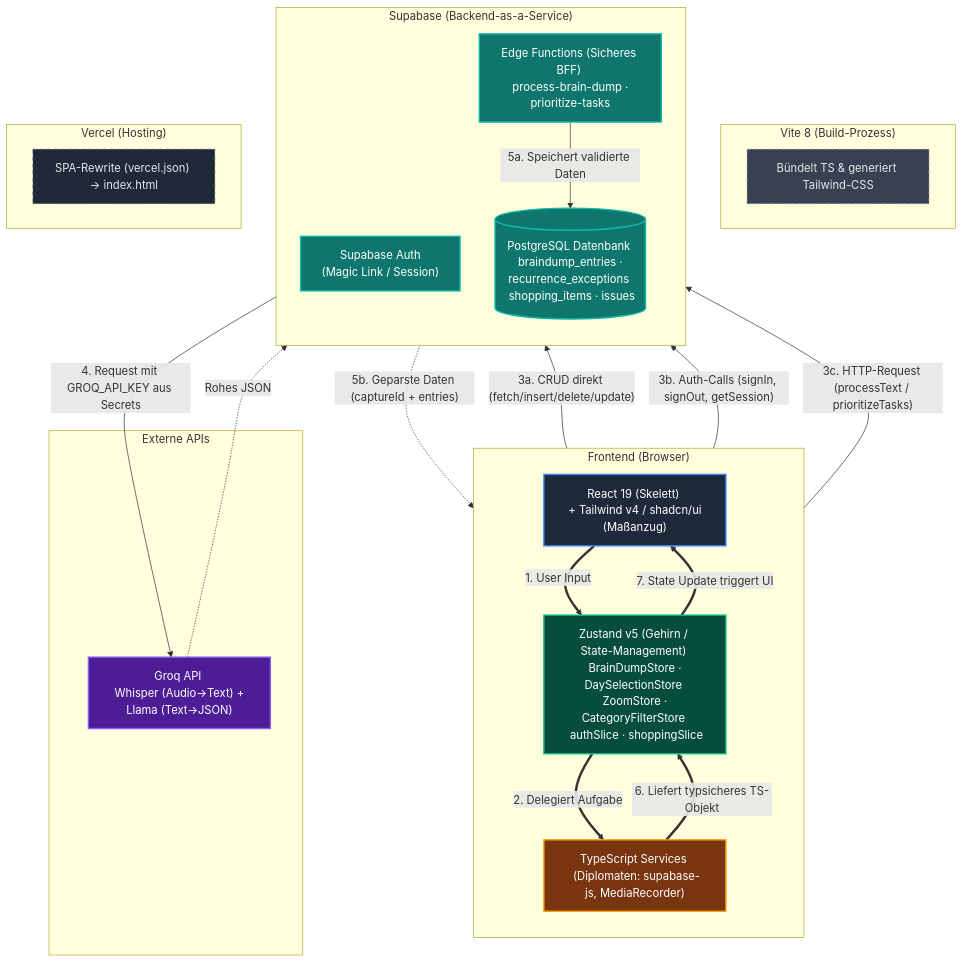
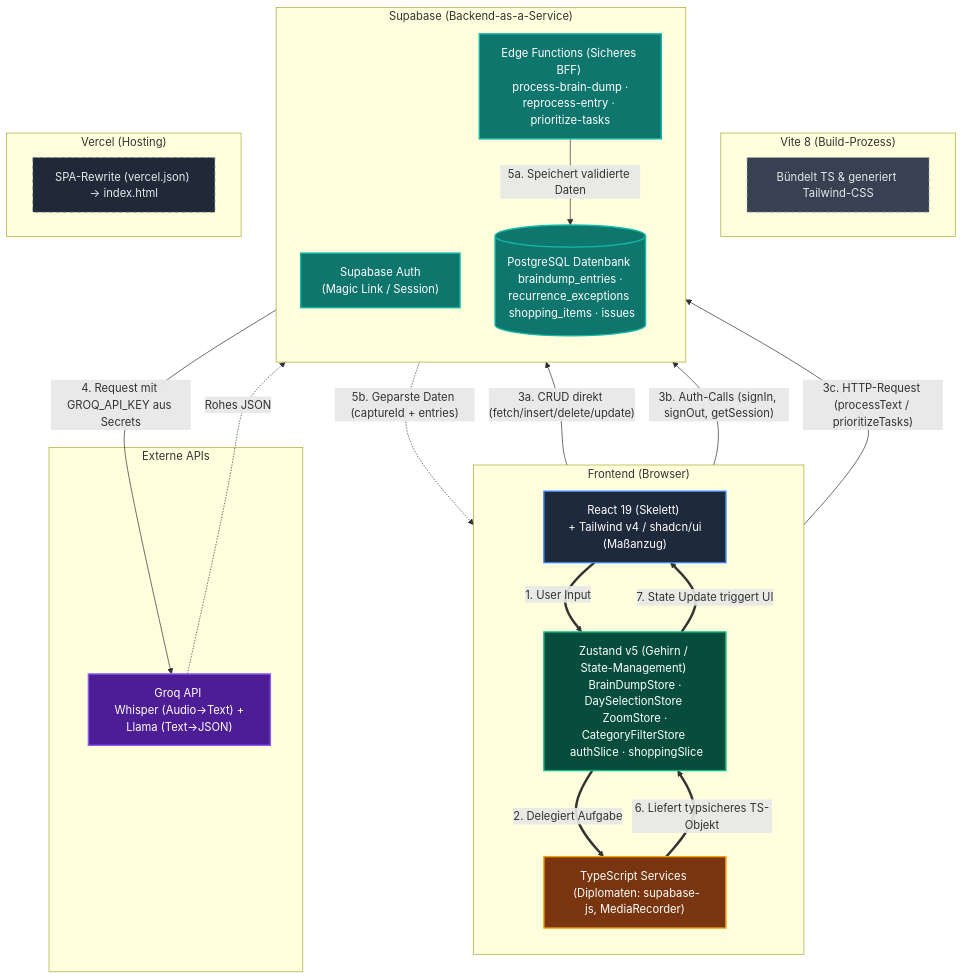
One commit to mrLevvis/braindump-pwa changed the diagram in docs/DIAGRAMS/architecture-comm.md. Above: the diagram before and after it, drawn with Mermaid. The commit also changed 11 other files, not shown here.

````diff
--- a/docs/DIAGRAMS/architecture-comm.md
+++ b/docs/DIAGRAMS/architecture-comm.md
@@ -1,65 +1,65 @@
 ```mermaid
 flowchart TD
     %% Tooling Phase
     subgraph Tooling ["Vite 8 (Build-Prozess)"]
         V[Bündelt TS & generiert Tailwind-CSS]
     end
 
     %% Client Layer (Browser)
     subgraph Client ["Frontend (Browser)"]
         direction TB
         UI["React 19 (Skelett) <br/> + Tailwind v4 / shadcn/ui (Maßanzug)"]
         Store["Zustand v5 (Gehirn / State-Management) <br/> BrainDumpStore · DaySelectionStore <br/> ZoomStore · CategoryFilterStore <br/> authSlice · shoppingSlice"]
         Services["TypeScript Services <br/> (Diplomaten: supabase-js, MediaRecorder)"]
 
         UI == "1. User Input" ==> Store
         Store == "7. State Update triggert UI" ==> UI
 
         Store == "2. Delegiert Aufgabe" ==> Services
         Services == "6. Liefert typsicheres TS-Objekt" ==> Store
     end
 
     %% Cloud Backend (Supabase)
     subgraph BaaS ["Supabase (Backend-as-a-Service)"]
         direction TB
         Auth["Supabase Auth <br/> (Magic Link / Session)"]
-        Edge["Edge Functions (Sicheres BFF) <br/> process-brain-dump · prioritize-tasks"]
+        Edge["Edge Functions (Sicheres BFF) <br/> process-brain-dump · reprocess-entry · prioritize-tasks"]
         DB[("PostgreSQL Datenbank <br/> braindump_entries · recurrence_exceptions <br/> shopping_items · issues")]
     end
 
     %% External APIs
     subgraph External ["Externe APIs"]
         KI["Groq API <br/> Whisper (Audio→Text) + Llama (Text→JSON)"]
     end
 
     %% Deployment
     subgraph Deploy ["Vercel (Hosting)"]
         SPA["SPA-Rewrite (vercel.json) → index.html"]
     end
 
     %% Verbindungen
     Services -- "3a. CRUD direkt (fetch/insert/delete/update)" --> DB
     Services -- "3b. Auth-Calls (signIn, signOut, getSession)" --> Auth
     Services -- "3c. HTTP-Request (processText / prioritizeTasks)" --> Edge
     Edge -- "4. Request mit GROQ_API_KEY aus Secrets" --> KI
     KI -. "Rohes JSON" .-> Edge
     Edge -- "5a. Speichert validierte Daten" --> DB
     Edge -. "5b. Geparste Daten (captureId + entries)" .-> Services
 
     %% Farben und Styling
     classDef frontend fill:#1e293b,stroke:#3b82f6,stroke-width:2px,color:#fff
     classDef state fill:#064e3b,stroke:#10b981,stroke-width:2px,color:#fff
     classDef service fill:#78350f,stroke:#f59e0b,stroke-width:2px,color:#fff
     classDef supabase fill:#0f766e,stroke:#14b8a6,stroke-width:2px,color:#fff
     classDef ki fill:#4c1d95,stroke:#8b5cf6,stroke-width:2px,color:#fff
     classDef tooling fill:#374151,stroke:#9ca3af,stroke-width:1px,color:#e5e7eb,stroke-dasharray: 5 5
     classDef deploy fill:#1f2937,stroke:#6b7280,stroke-width:1px,color:#e5e7eb,stroke-dasharray: 5 5
 
     class UI frontend
     class Store state
     class Services service
     class Auth,Edge,DB supabase
     class KI ki
     class V tooling
     class SPA deploy
 ```
````
